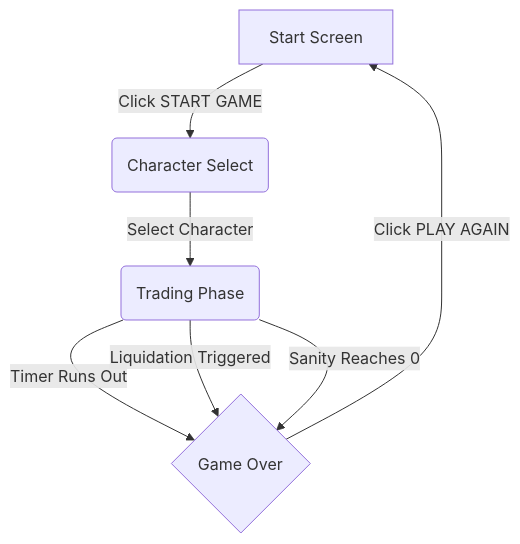
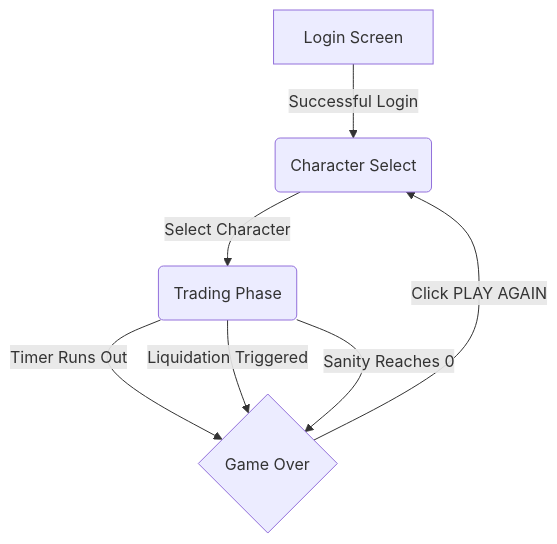
Before and after one commit to stopbeingpoor/trading-game: the first of 2 diagrams in context/GameDesignDocument.md, drawn with Mermaid. The commit also changed other lines of this file and 20 other files, not shown here.

````diff
--- a/context/GameDesignDocument.md
+++ b/context/GameDesignDocument.md
@@ -48,9 +47,9 @@
 ```mermaid
 graph TD
-    A[Start Screen] -->|Click START GAME| B(Character Select);
+    A[Login Screen] -->|Successful Login| B(Character Select);
     B -->|Select Character| C(Trading Phase);
     C -->|Timer Runs Out| D{Game Over};
     C -->|Liquidation Triggered| D;
     C -->|Sanity Reaches 0| D;
-    D -->|Click PLAY AGAIN| A;
+    D -->|Click PLAY AGAIN| B;
 ```
````
